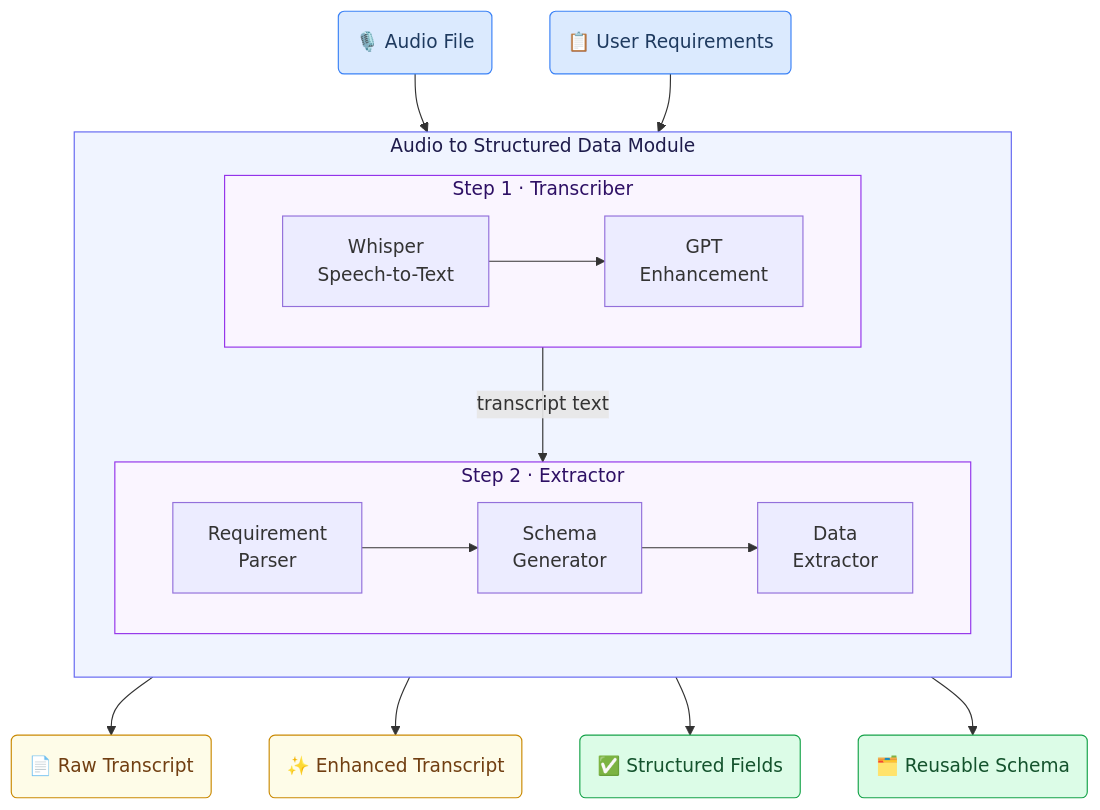
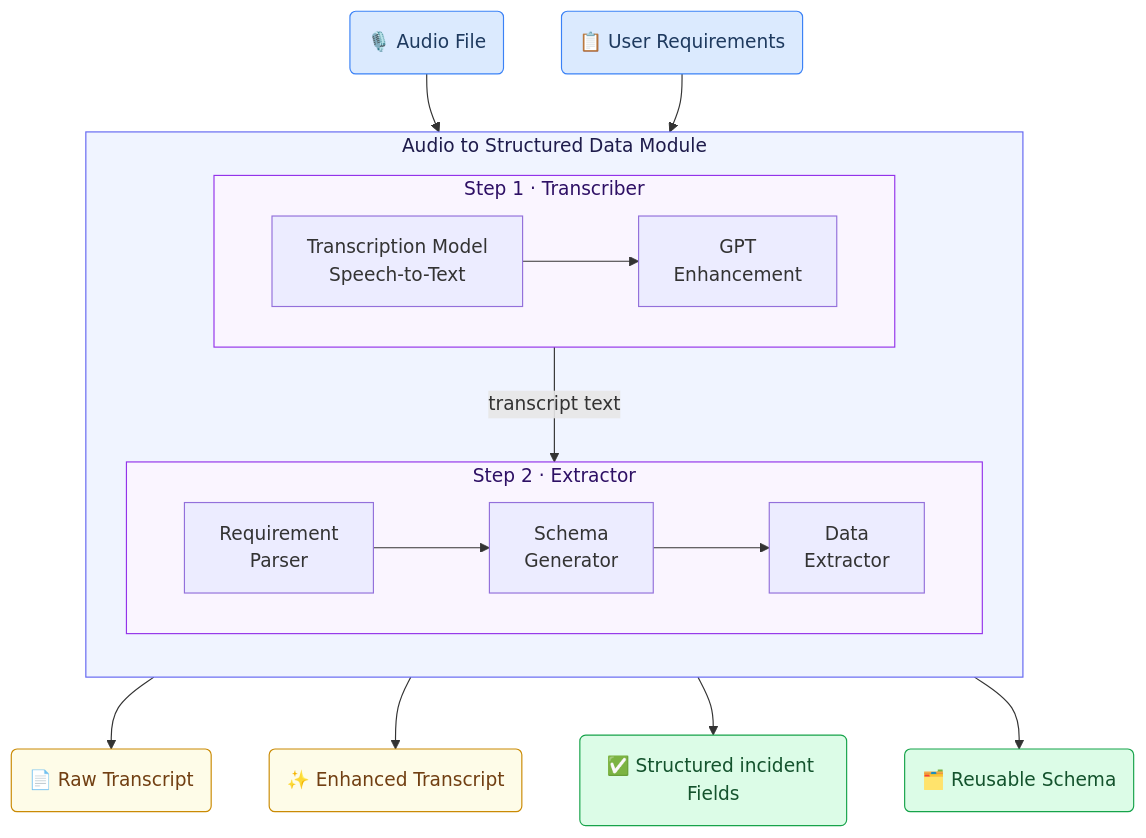
The fourth of 4 diagrams in use_cases/Incident_reporting.md (GAIK-project/gaik-toolkit), drawn with Mermaid before and after one commit. The commit also changed other lines of this file, not shown here.

Commit message:
Updated the incident reporting use case

````diff
--- a/use_cases/Incident_reporting.md
+++ b/use_cases/Incident_reporting.md
@@ -168,36 +119,36 @@
 ```mermaid
 flowchart TD
     IN1("🎙️ Audio File") --> MOD
     IN2("📋 User Requirements") --> MOD
 
     subgraph MOD["Audio to Structured Data Module"]
         direction TB
 
         subgraph T["Step 1 · Transcriber"]
             direction LR
-            W["Whisper<br/>Speech-to-Text"] --> G["GPT<br/>Enhancement"]
+            W["Transcription Model<br/>Speech-to-Text"] --> G["GPT<br/>Enhancement"]
         end
 
         subgraph X["Step 2 · Extractor"]
             direction LR
             RP["Requirement<br/>Parser"] --> SG["Schema<br/>Generator"] --> DE["Data<br/>Extractor"]
         end
 
         T -->|"transcript text"| X
     end
 
     MOD --> O1("📄 Raw Transcript")
     MOD --> O2("✨ Enhanced Transcript")
-    MOD --> O3("✅ Structured Fields")
+    MOD --> O3("✅ Structured incident Fields")
     MOD --> O4("🗂️ Reusable Schema")
 
     style IN1 fill:#dbeafe,stroke:#3b82f6,color:#1e3a5f
     style IN2 fill:#dbeafe,stroke:#3b82f6,color:#1e3a5f
     style O1 fill:#fefce8,stroke:#ca8a04,color:#713f12
     style O2 fill:#fefce8,stroke:#ca8a04,color:#713f12
     style O3 fill:#dcfce7,stroke:#16a34a,color:#14532d
     style O4 fill:#dcfce7,stroke:#16a34a,color:#14532d
     style MOD fill:#f0f4ff,stroke:#6366f1,color:#1e1b4b
     style T fill:#faf5ff,stroke:#9333ea,color:#2e1065
     style X fill:#faf5ff,stroke:#9333ea,color:#2e1065
 ```
````
